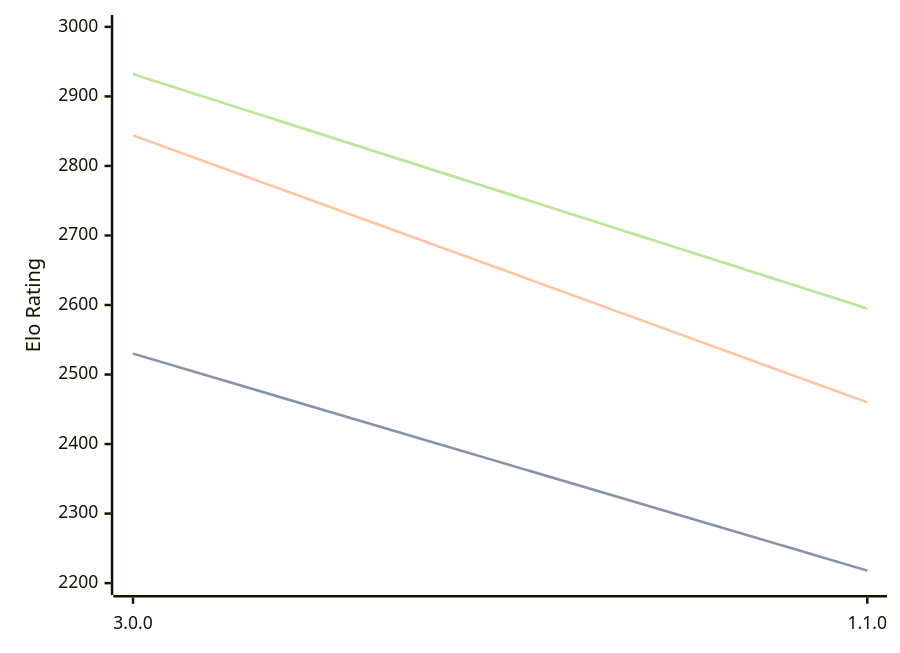
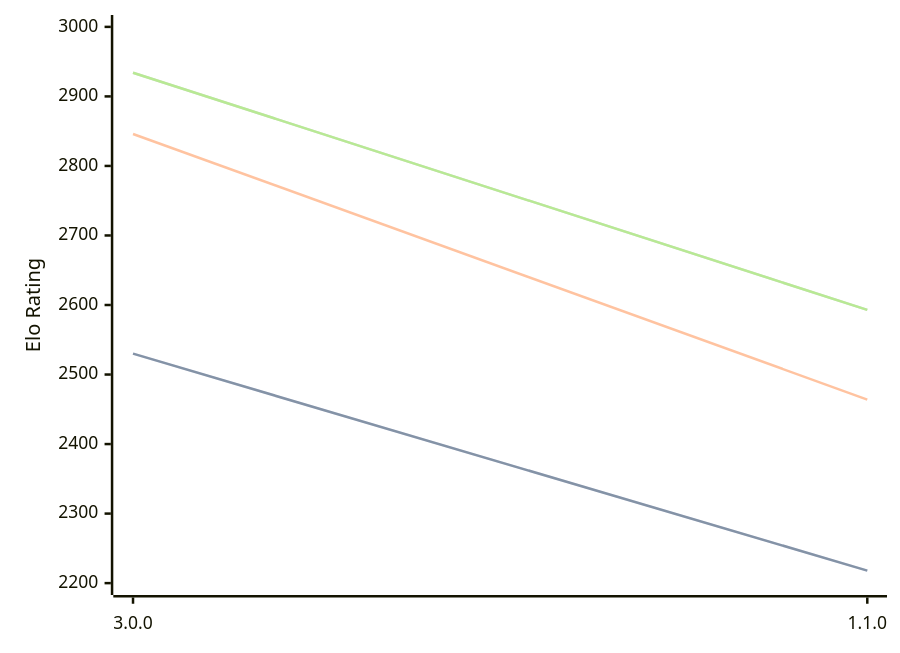
Before and after one commit to computer-chess-index/cci: the diagram in engines/Potential.md, drawn with Mermaid. The commit also changed other lines of this file, not shown here.

Commit message:
Update CCI Ratings (ELO VLTC) - 2026-05-21

````diff
--- a/engines/Potential.md
+++ b/engines/Potential.md
@@ -34,11 +34,11 @@
 ```mermaid
 %%{init: {"theme":"base","themeVariables":{"seriesColors:['#a3a3a3','#222221','#faa371']}}}%%
 xychart-beta
   x-axis ["3.0.0", "1.1.0"]
   y-axis "Elo Rating" 2200 --> 3000
   line "STC (8.0+0.08s)" [2530, 2218]
   line "STC (8.0+0.08s)" [2530, 2218]
-  line "LTC (60.0+0.60s)" [2844, 2460]
-  line "VLTC (2m24s+1.12s)" [2932, 2595]
-  line "VLTC (2m24s+1.12s)" [2932, 2595]
+  line "LTC (60.0+0.60s)" [2846, 2464]
+  line "VLTC (2m24s+1.12s)" [2934, 2593]
+  line "VLTC (2m24s+1.12s)" [2934, 2593]
 ```
````
